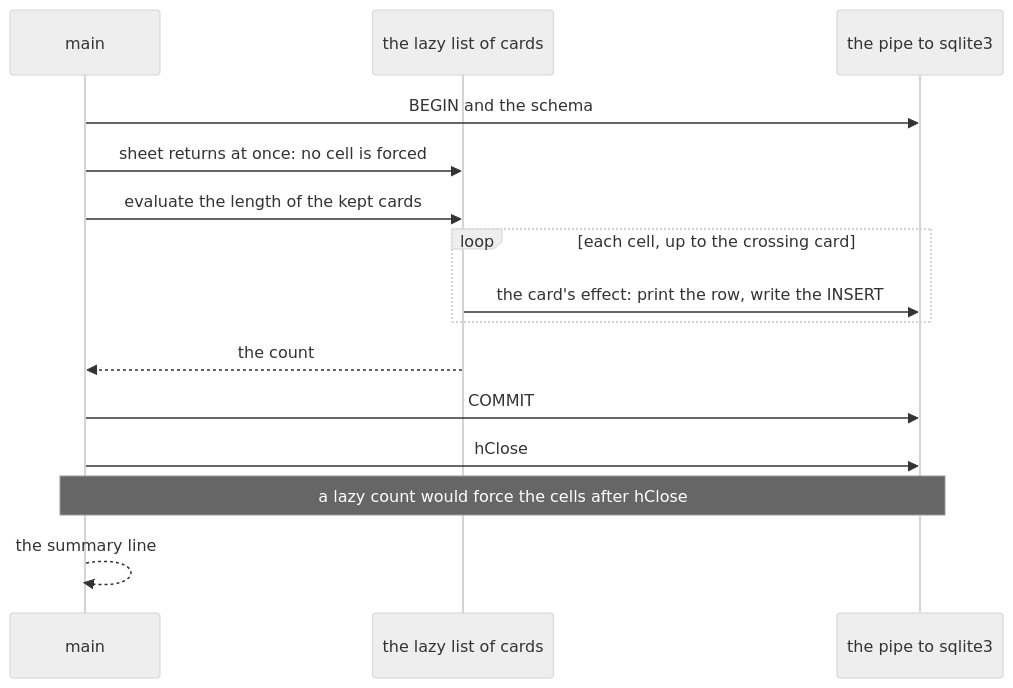
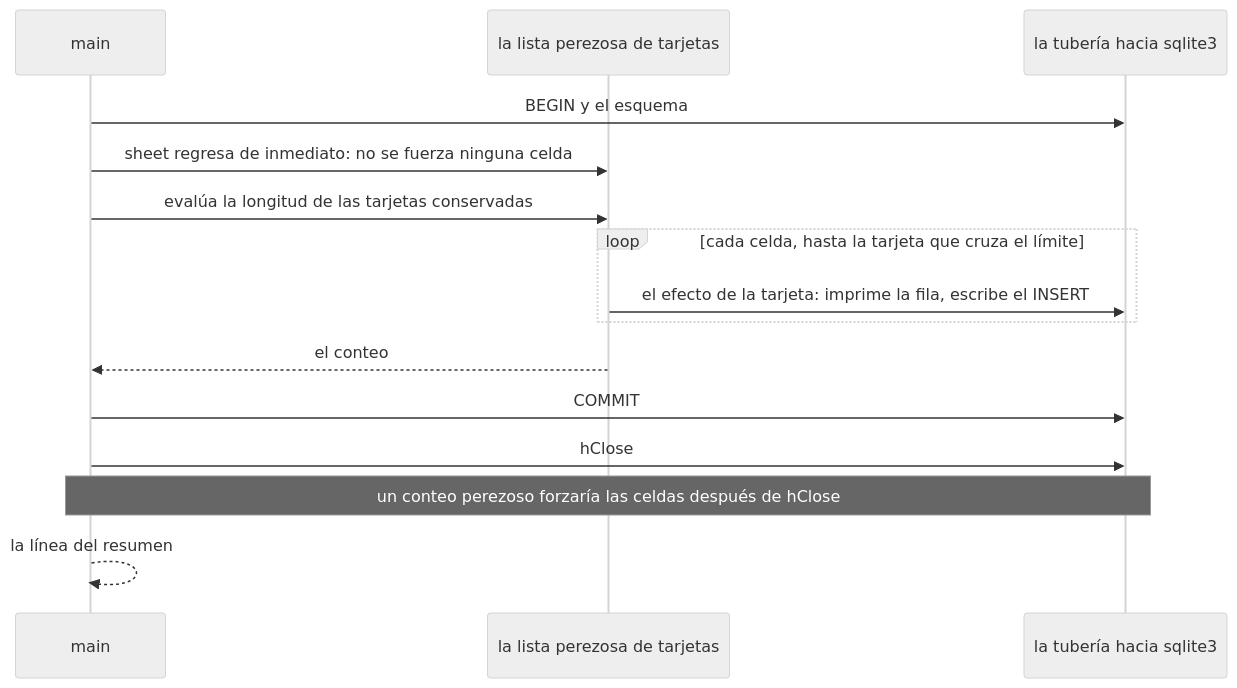
The third of 3 diagrams in lessons/guias-de-estudio/lenguajes/haskell.md (dullroar/aprende-a-programar-como-un-bicho-raro), drawn with Mermaid (neutral theme) before and after one commit. The commit also changed other lines of this file and 12 other files, not shown here.

````diff
--- a/lessons/guias-de-estudio/lenguajes/haskell.md
+++ b/lessons/guias-de-estudio/lenguajes/haskell.md
@@ -105,19 +105,19 @@
 ```mermaid
 sequenceDiagram
-    accTitle: haskell-weird: when the cards are forced decides whether the pipe is still open
-    accDescr: A sequence diagram of main in haskell-weird. Main writes BEGIN and the schema to the pipe. It calls sheet, which returns at once because no cell has been forced. Main then evaluates the length of the kept cards. That forces each cell in turn, up to the crossing card, and each forced cell prints its row and writes its INSERT to the open pipe. Then main writes COMMIT, closes the pipe, waits for sqlite3 and prints the summary. A note says that with a lazy count the cells would be forced after the pipe closed, and the first INSERT would fail with handle is closed.
+    accTitle: haskell-weird: el momento en que se fuerzan las tarjetas decide si la tubería sigue abierta
+    accDescr: Un diagrama de secuencia de main en haskell-weird. Primero, main escribe BEGIN y el esquema en la tubería. Llama a sheet, que regresa de inmediato porque ninguna celda se ha forzado. Después main evalúa la longitud de las tarjetas conservadas. Eso fuerza cada celda por turno, hasta la tarjeta que cruza el límite, y cada celda forzada imprime su fila y escribe su INSERT en la tubería abierta. Luego main escribe COMMIT, cierra la tubería, espera a sqlite3 e imprime el resumen. Una nota dice que con un conteo perezoso las celdas se forzarían después de cerrar la tubería, y el primer INSERT fallaría con handle is closed.
     participant M as main
-    participant L as the lazy list of cards
-    participant P as the pipe to sqlite3
-    M->>P: BEGIN and the schema
-    M->>L: sheet returns at once: no cell is forced
-    M->>L: evaluate the length of the kept cards
-    loop each cell, up to the crossing card
-        L->>P: the card's effect: print the row, write the INSERT
+    participant L as la lista perezosa de tarjetas
+    participant P as la tubería hacia sqlite3
+    M->>P: BEGIN y el esquema
+    M->>L: sheet regresa de inmediato: no se fuerza ninguna celda
+    M->>L: evalúa la longitud de las tarjetas conservadas
+    loop cada celda, hasta la tarjeta que cruza el límite
+        L->>P: el efecto de la tarjeta: imprime la fila, escribe el INSERT
     end
-    L-->>M: the count
+    L-->>M: el conteo
     M->>P: COMMIT
     M->>P: hClose
-    Note over M,P: a lazy count would force the cells after hClose
-    M-->>M: the summary line
+    Note over M,P: un conteo perezoso forzaría las celdas después de hClose
+    M-->>M: la línea del resumen
 ```
````
